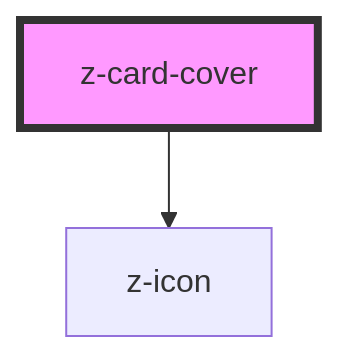
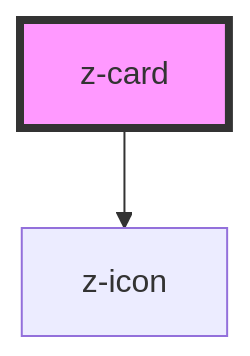
The diagram in src/components/cards/z-card-cover/readme.md (ZanichelliEditore/design-system), drawn with Mermaid before and after one commit. The commit also changed other lines of this file and 5 other files, not shown here.

````diff
--- a/src/components/cards/z-card-cover/readme.md
+++ b/src/components/cards/z-card-cover/readme.md
@@ -65,5 +65,5 @@
 ```mermaid
 graph TD;
-  z-card-cover --> z-icon
-  style z-card-cover fill:#f9f,stroke:#333,stroke-width:4px
+  z-card --> z-icon
+  style z-card fill:#f9f,stroke:#333,stroke-width:4px
 ```
````
